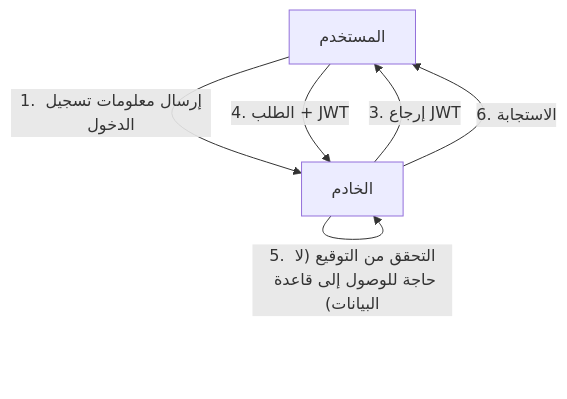
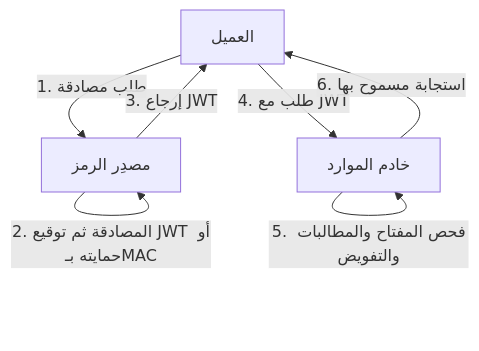
The second of 3 diagrams in content/post/jwt-json-web-token-security-risks/index.ar.md (kenjinote/blog), drawn with Mermaid before and after one commit. The commit also changed other lines of this file and 7 other files, not shown here.

````diff
--- a/content/post/jwt-json-web-token-security-risks/index.ar.md
+++ b/content/post/jwt-json-web-token-security-risks/index.ar.md
@@ -47,9 +42,9 @@
 ```mermaid
 graph TD
-    A["المستخدم"] -- "1. إرسال معلومات تسجيل الدخول" --> B["الخادم"]
-    B -- "2. التحقق وإنشاء JWT (توقيع)" --> B
+    A["العميل"] -- "1. طلب مصادقة" --> B["مصدِر الرمز"]
+    B -- "2. المصادقة ثم توقيع JWT أو حمايته بـMAC" --> B
     B -- "3. إرجاع JWT" --> A
-    A -- "4. الطلب + JWT" --> B
-    B -- "5. التحقق من التوقيع (لا حاجة للوصول إلى قاعدة البيانات)" --> B
-    B -- "6. الاستجابة" --> A
+    A -- "4. طلب مع JWT" --> C["خادم الموارد"]
+    C -- "5. فحص المفتاح والمطالبات والتفويض" --> C
+    C -- "6. استجابة مسموح بها" --> A
 ```
````
